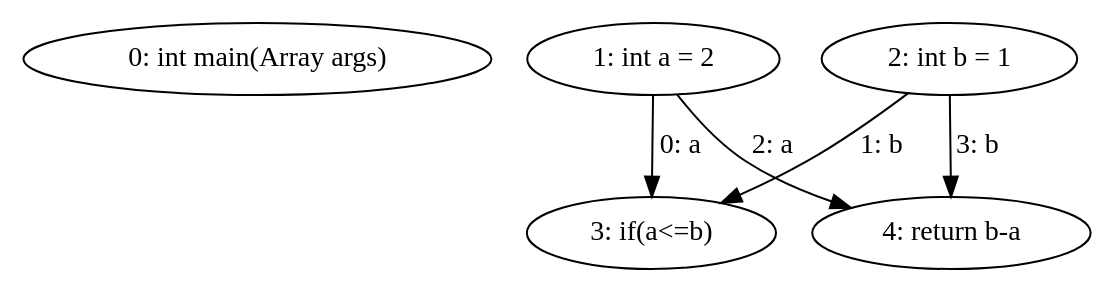
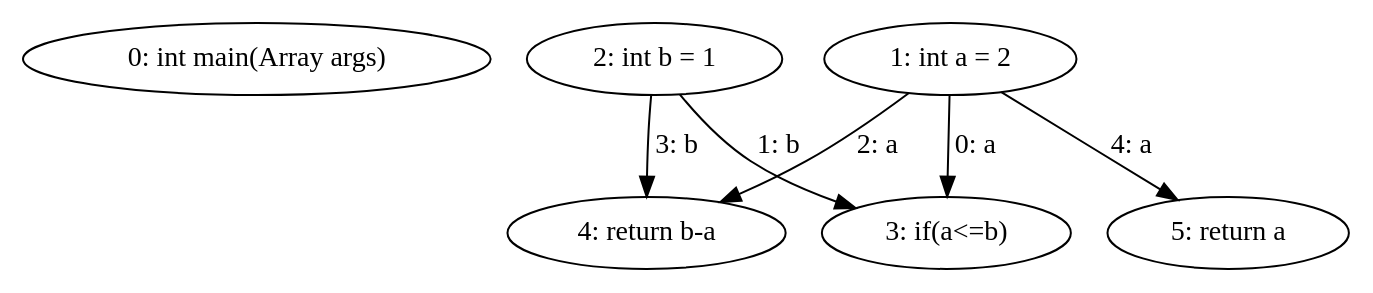
One commit to DominguesGM/comp_astanalyze changed the diagram in export/if_example_dfg.dot. Above: the diagram before and after it, drawn with Graphviz. The commit also changed 25 other files, not shown here.

```diff
--- a/export/if_example_dfg.dot
+++ b/export/if_example_dfg.dot
@@ -1,11 +1,13 @@
 digraph G {
   1 [ label="0: int main(Array args)" ];
   2 [ label="1: int a = 2" ];
   3 [ label="2: int b = 1" ];
   4 [ label="3: if(a<=b)" ];
   5 [ label="4: return b-a" ];
+  6 [ label="5: return a" ];
   2 -> 4 [ label="0: a" ];
   3 -> 4 [ label="1: b" ];
   2 -> 5 [ label="2: a" ];
   3 -> 5 [ label="3: b" ];
+  2 -> 6 [ label="4: a" ];
 }
```
